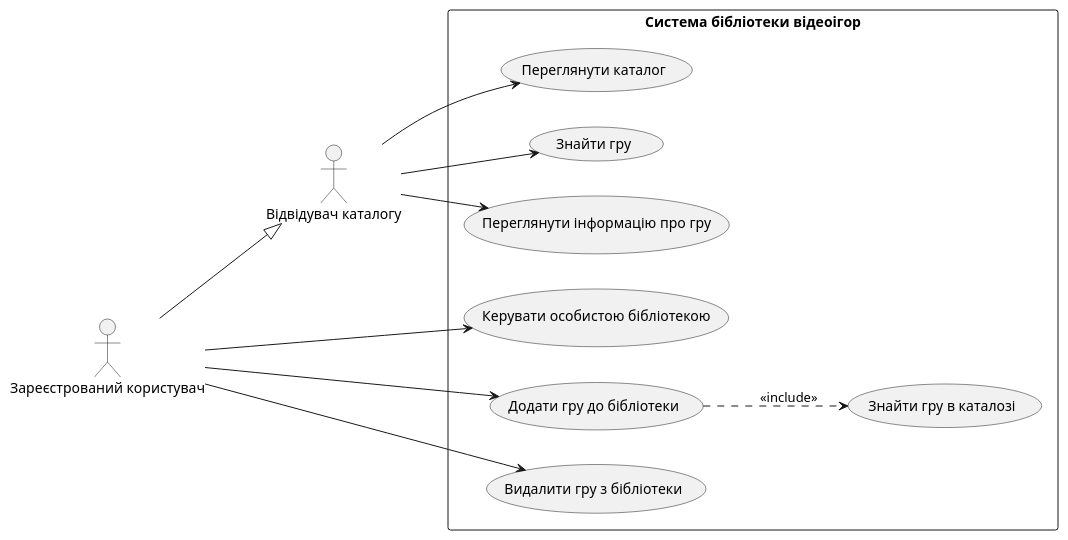
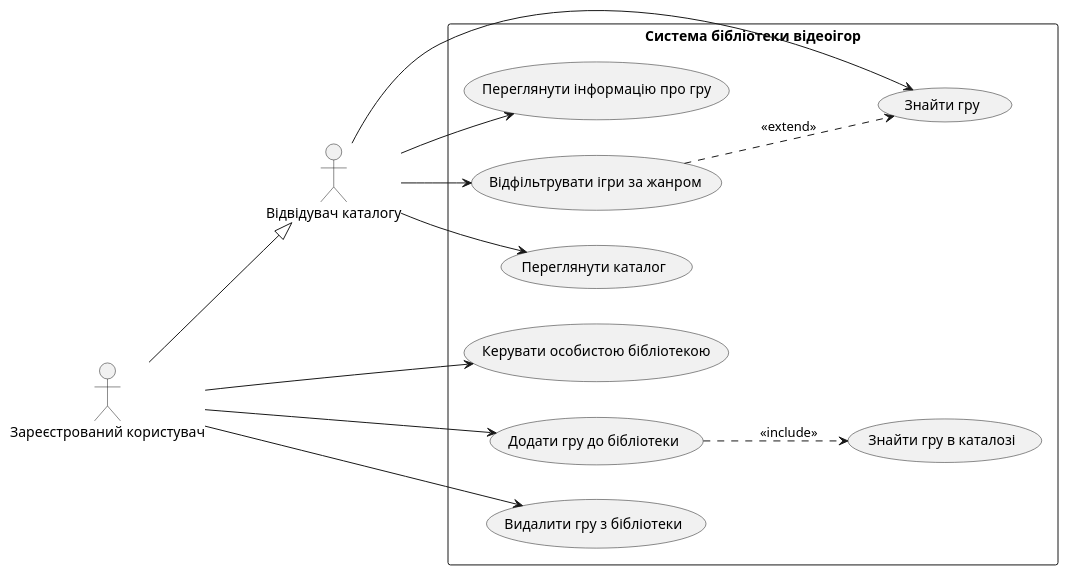
Before and after one commit to yelyzavetaashn-jpg/Lab-2: the diagram in use-case.puml, drawn with PlantUML.

```diff
--- a/use-case.puml
+++ b/use-case.puml
@@ -2,29 +2,32 @@
 @startuml
 left to right direction
 skinparam packageStyle rectangle
 
 actor "Відвідувач каталогу" as Visitor
 actor "Зареєстрований користувач" as RegisteredUser
 
 RegisteredUser --|> Visitor
 
 rectangle "Система бібліотеки відеоігор" {
     usecase "Переглянути каталог" as UC1
     usecase "Знайти гру" as UC2
     usecase "Переглянути інформацію про гру" as UC3
     usecase "Керувати особистою бібліотекою" as UC4
     usecase "Додати гру до бібліотеки" as UC5
     usecase "Видалити гру з бібліотеки" as UC6
     usecase "Знайти гру в каталозі" as UC7
+    usecase "Відфільтрувати ігри за жанром" as UC8
 }
 
 Visitor --> UC1
 Visitor --> UC2
 Visitor --> UC3
 
 RegisteredUser --> UC4
 RegisteredUser --> UC5
 RegisteredUser --> UC6
 UC5 ..> UC7 : <<include>>
+Visitor --> UC8
+UC8 ..> UC2 : <<extend>>
 
 @enduml
```
